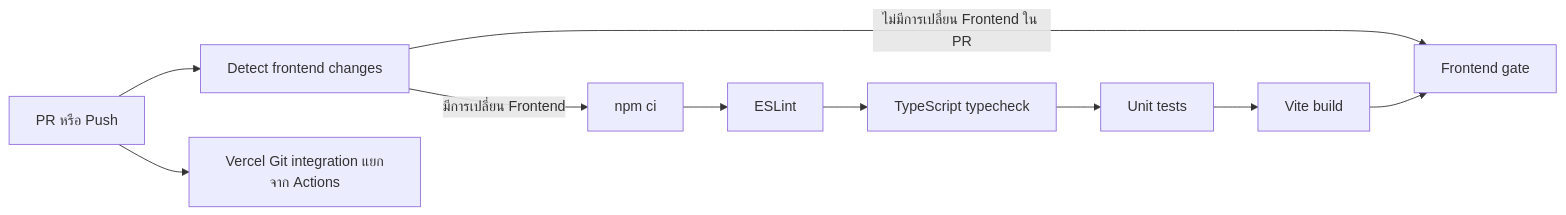
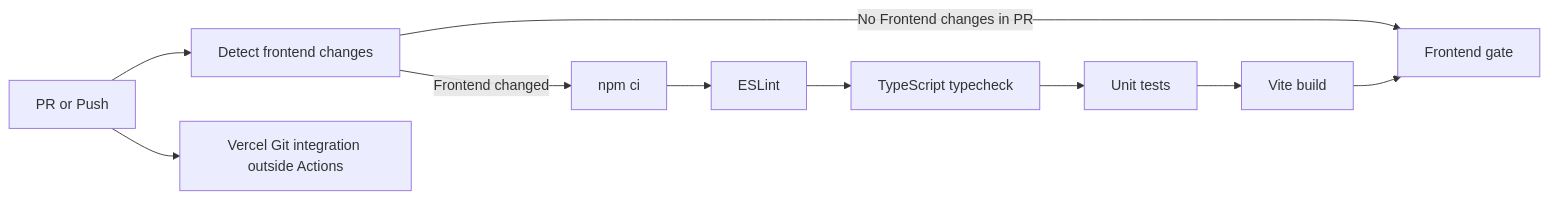
The second of 2 diagrams in doc/ci-cd.md (lillianxhub/freelance-hub), drawn with Mermaid before and after one commit. The commit also changed other lines of this file and 18 other files, not shown here.

Commit message:
docs: sync project documentation, consolidate sequence diagrams and update deployment links

````diff
--- a/doc/ci-cd.md
+++ b/doc/ci-cd.md
@@ -44,12 +50,12 @@
 ```mermaid
 flowchart LR
-    A[PR หรือ Push] --> B[Detect frontend changes]
-    B -->|มีการเปลี่ยน Frontend| C[npm ci]
-    B -->|ไม่มีการเปลี่ยน Frontend ใน PR| H[Frontend gate]
+    A[PR or Push] --> B[Detect frontend changes]
+    B -->|Frontend changed| C[npm ci]
+    B -->|No Frontend changes in PR| H[Frontend gate]
     C --> D[ESLint]
     D --> E[TypeScript typecheck]
     E --> F[Unit tests]
     F --> G[Vite build]
     G --> H
-    A --> I[Vercel Git integration แยกจาก Actions]
+    A --> I[Vercel Git integration outside Actions]
 ```
````
